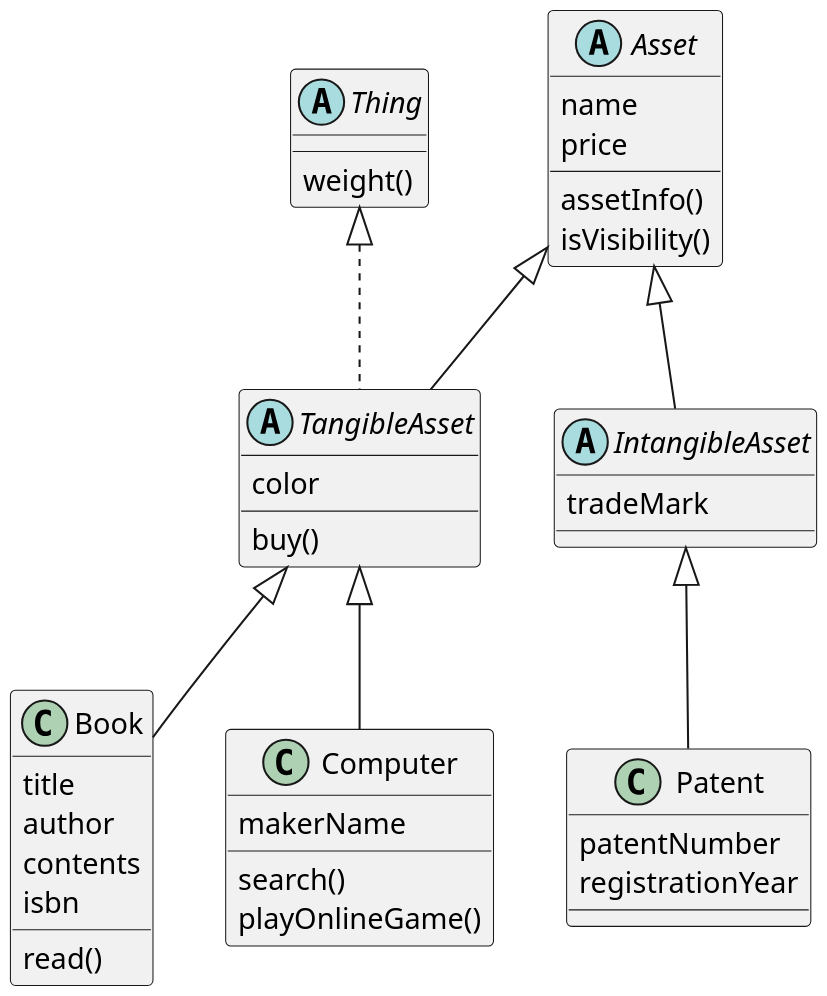
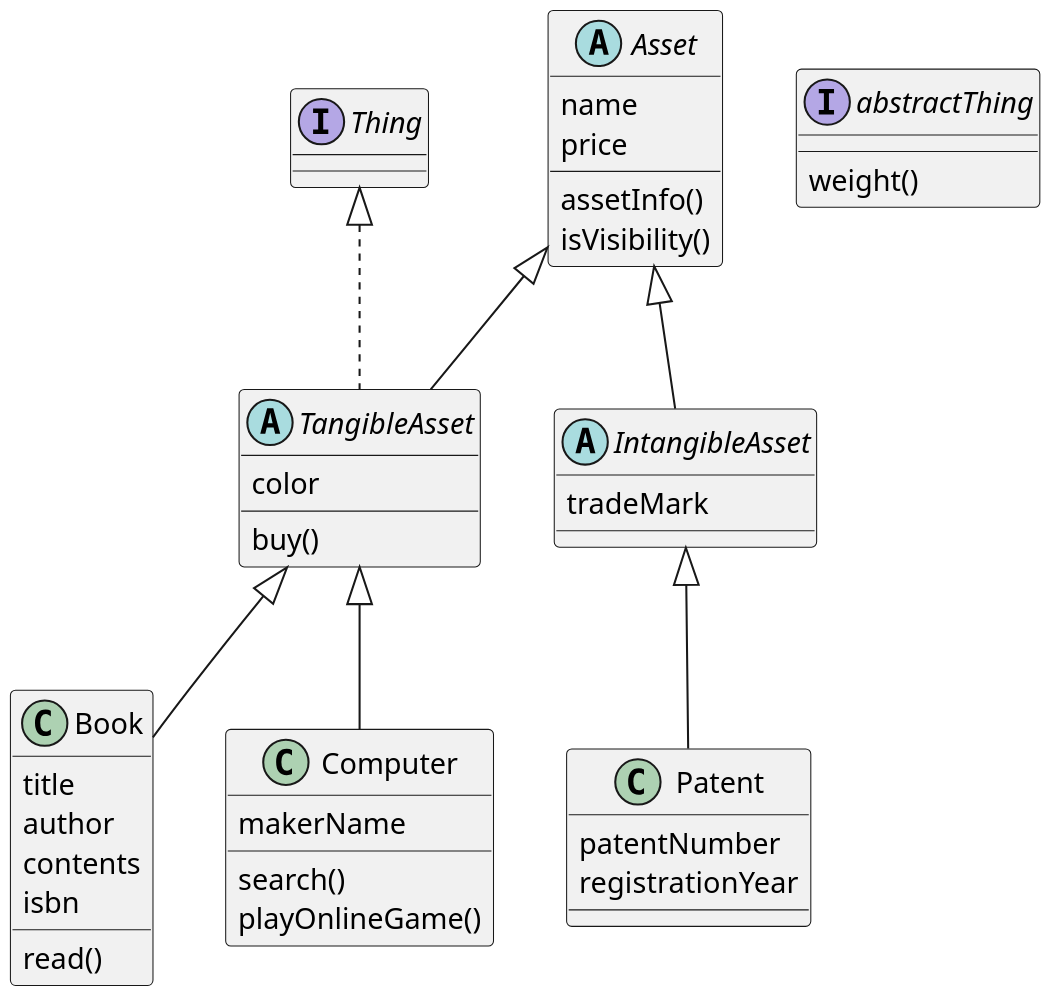
One commit to orm-camp-flutter-2ki/learn_dart_together changed the diagram in lib/0313/0313 test 01.puml. Above: the diagram before and after it, drawn with PlantUML. The commit also changed 2 other files, not shown here.

Commit message:
note: 0313 연습문제 uml 수정 및 예시 uml 연습

```diff
--- a/lib/0313/0313 test 01.puml
+++ b/lib/0313/0313 test 01.puml
@@ -1,48 +1,48 @@
 @startuml
 scale 2
 
 abstract class Asset {
 name
 price
 assetInfo()
 isVisibility()
 }
 
 'interface'
-abstract class Thing{
+interface abstractThing{
 weight()
 }
 
 abstract class TangibleAsset extends Asset implements Thing {
 color
 buy()
 }
 
 abstract class IntangibleAsset extends Asset {
 tradeMark
 }
 
 class Book extends TangibleAsset {
 title
 author
 contents
 isbn
 read()
 }
 
 class Computer extends TangibleAsset {
 makerName
 search()
 playOnlineGame()
 }
 
 class Patent extends IntangibleAsset {
 patentNumber
 registrationYear
 }
 
 
 
 
 
 @enduml
```
